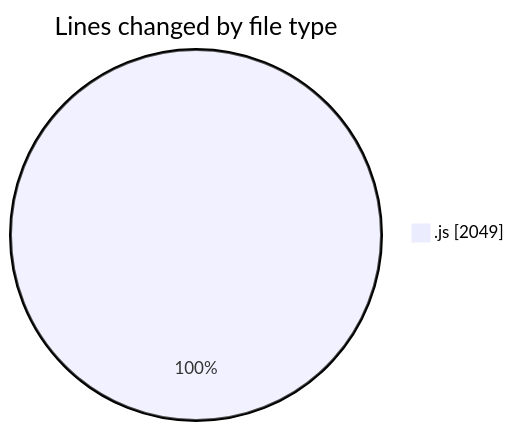
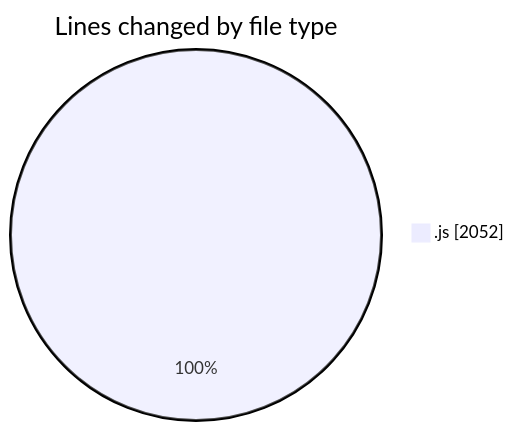
Before and after one commit to nxtqubesakshisongat/code-tracking: the first of 2 diagrams in 2025-10-15/nxtqube_webapp/README.md, drawn with Mermaid. The commit also changed other lines of this file and 1 other file, not shown here.

````diff
--- a/2025-10-15/nxtqube_webapp/README.md
+++ b/2025-10-15/nxtqube_webapp/README.md
@@ -20,5 +20,5 @@
 ```mermaid
 pie showData
 title Lines changed by file type
-".js" : 2049
+".js" : 2052
 ```
````
